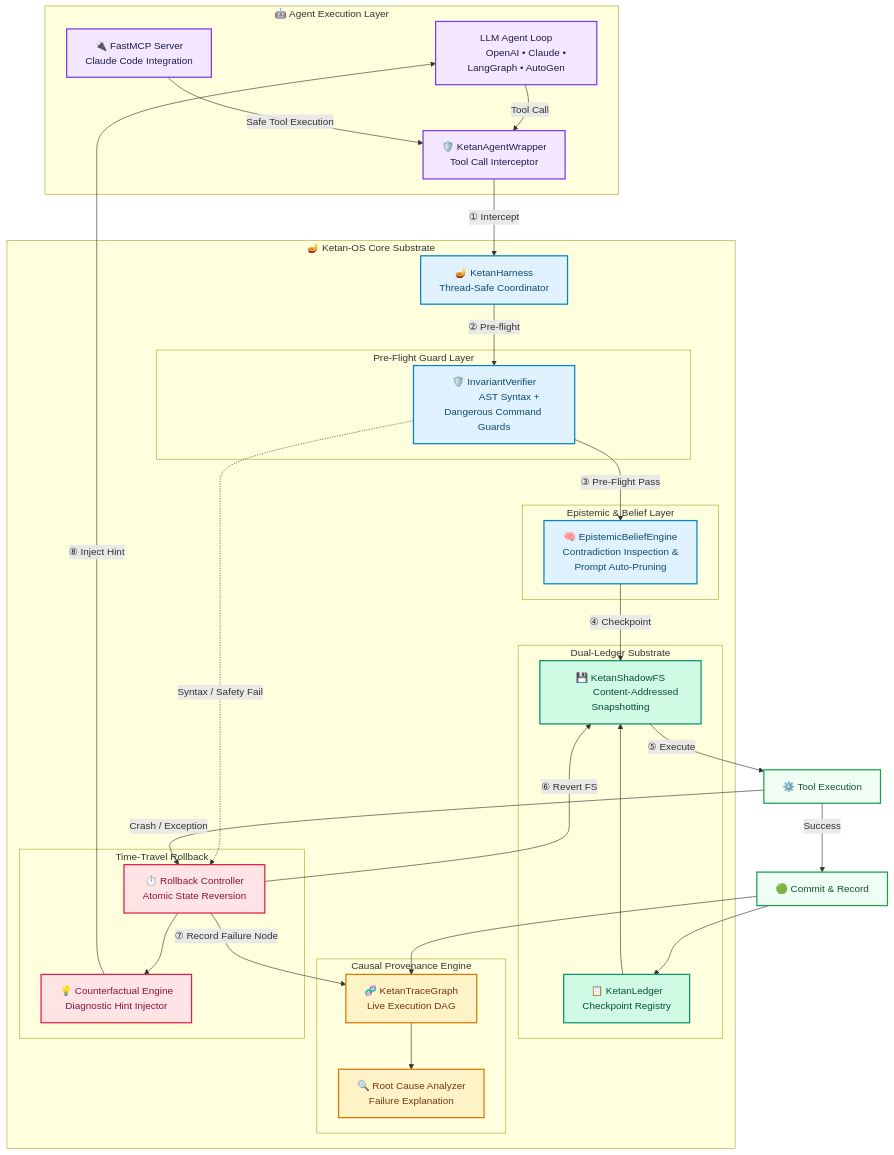
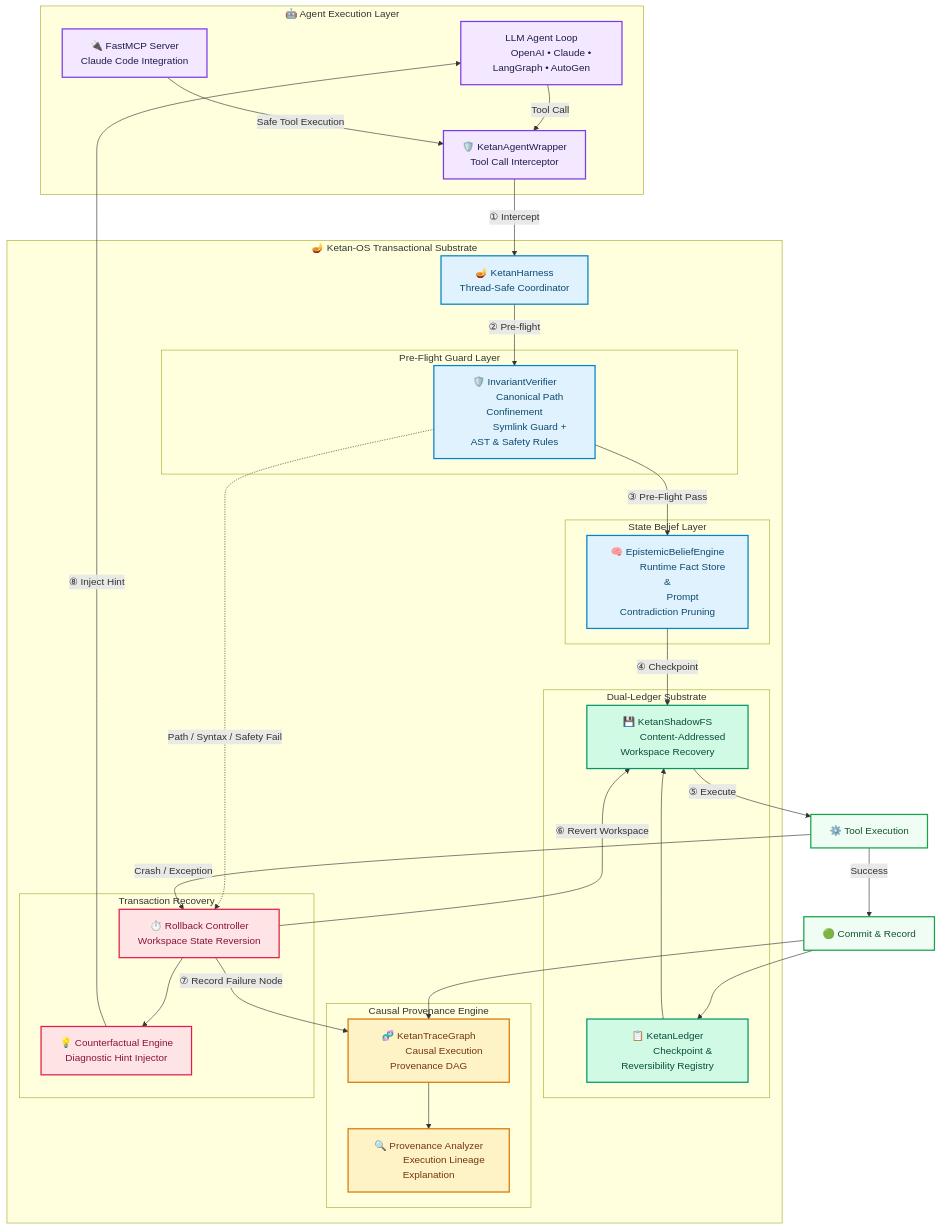
Before and after one commit to umang-algo/ketan-os: the diagram in README.md, drawn with Mermaid. The commit also changed other lines of this file and 6 other files, not shown here.

Commit message:
feat(v2.0): implement path confinement security, symlink isolation, side-effect reversibility classification, and honest transactional runtime positioning

```diff
--- a/README.md
+++ b/README.md
@@ -54,40 +67,41 @@
         MCP -->|Safe Tool Execution| Wrapper
     end
 
-    subgraph CoreEngine [" 🪔 Ketan-OS Core Substrate "]
+    subgraph CoreEngine [" 🪔 Ketan-OS Transactional Substrate "]
         Harness["🪔 KetanHarness
         Thread-Safe Coordinator"]
 
         subgraph PreFlight [" Pre-Flight Guard Layer "]
             Verifier["🛡️ InvariantVerifier
-            AST Syntax + Dangerous Command Guards"]
+            Canonical Path Confinement
+            Symlink Guard + AST & Safety Rules"]
         end
 
         subgraph StorageLedger [" Dual-Ledger Substrate "]
             Ledger["📋 KetanLedger
-            Checkpoint Registry"]
+            Checkpoint & Reversibility Registry"]
             ShadowFS["💾 KetanShadowFS
-            Content-Addressed Snapshotting"]
+            Content-Addressed Workspace Recovery"]
             Ledger --> ShadowFS
         end
 
-        subgraph Cognition [" Epistemic & Belief Layer "]
+        subgraph Cognition [" State Belief Layer "]
             Epistemic["🧠 EpistemicBeliefEngine
-            Contradiction Inspection &
-            Prompt Auto-Pruning"]
+            Runtime Fact Store &
+            Prompt Contradiction Pruning"]
         end
 
         subgraph CTGSubsystem [" Causal Provenance Engine "]
             CTG["🧬 KetanTraceGraph
-            Live Execution DAG"]
-            RCA["🔍 Root Cause Analyzer
-            Failure Explanation"]
+            Causal Execution Provenance DAG"]
+            RCA["🔍 Provenance Analyzer
+            Execution Lineage Explanation"]
             CTG --> RCA
         end
 
-        subgraph TimeTravel [" Time-Travel Rollback "]
+        subgraph TimeTravel [" Transaction Recovery "]
             Rollback["⏱️ Rollback Controller
-            Atomic State Reversion"]
+            Workspace State Reversion"]
             Counterfactual["💡 Counterfactual Engine
             Diagnostic Hint Injector"]
             Rollback --> Counterfactual
@@ -100,14 +114,14 @@
     Epistemic -->|"④ Checkpoint"| ShadowFS
     ShadowFS -->|"⑤ Execute"| Execution["⚙️ Tool Execution"]
 
-    Verifier -.->|Syntax / Safety Fail| Rollback
+    Verifier -.->|Path / Syntax / Safety Fail| Rollback
     Execution -->|Crash / Exception| Rollback
 
     Execution -->|Success| Commit["🟢 Commit & Record"]
     Commit --> CTG
     Commit --> Ledger
 
-    Rollback -->|"⑥ Revert FS"| ShadowFS
+    Rollback -->|"⑥ Revert Workspace"| ShadowFS
     Rollback -->|"⑦ Record Failure Node"| CTG
     Counterfactual -->|"⑧ Inject Hint"| LLM
 
```
